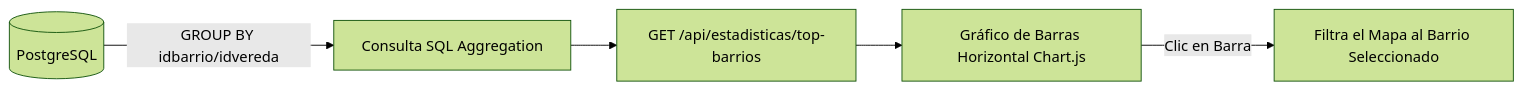
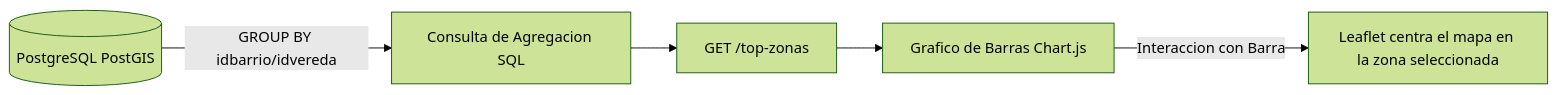
The diagram in documentacion/04_analitica_y_reportes_kpi.md (DF-VeraP/SIGI), drawn with Mermaid (forest theme) before and after one commit. The commit also changed other lines of this file and 50 other files, not shown here.

````diff
--- a/documentacion/04_analitica_y_reportes_kpi.md
+++ b/documentacion/04_analitica_y_reportes_kpi.md
@@ -31,7 +31,7 @@
 ```mermaid
 graph LR
-    DB[(PostgreSQL)] -->|GROUP BY idbarrio/idvereda| SQL[Consulta SQL Aggregation]
-    SQL --> API[GET /api/estadisticas/top-barrios]
-    API --> UI[Gráfico de Barras Horizontal Chart.js]
-    UI -->|Clic en Barra| MAP[Filtra el Mapa al Barrio Seleccionado]
+    DB[(PostgreSQL PostGIS)] -->|GROUP BY idbarrio/idvereda| SQL[Consulta de Agregacion SQL]
+    SQL --> API[GET /top-zonas]
+    API --> UI[Grafico de Barras Chart.js]
+    UI -->|Interaccion con Barra| MAP[Leaflet centra el mapa en la zona seleccionada]
 ```
````
